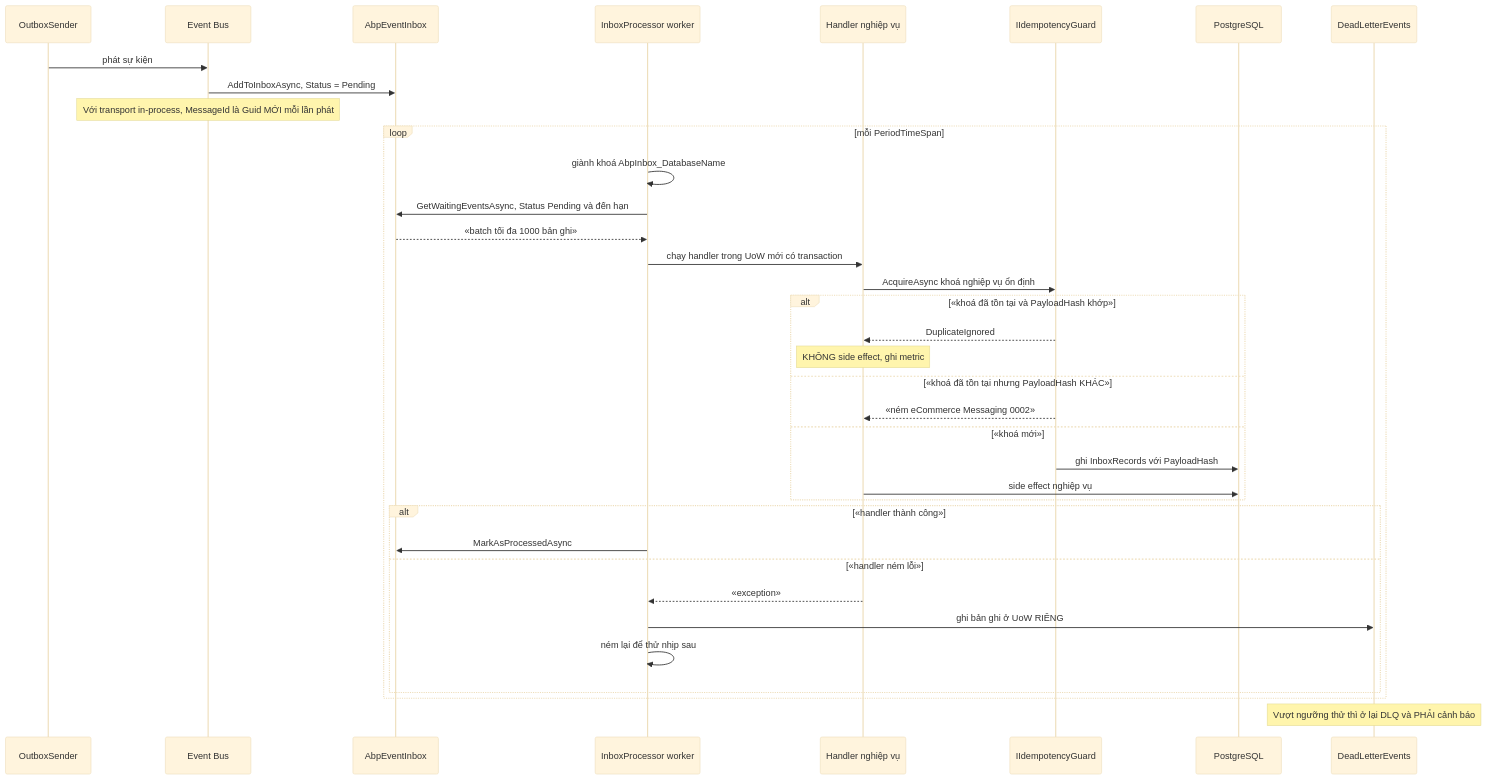
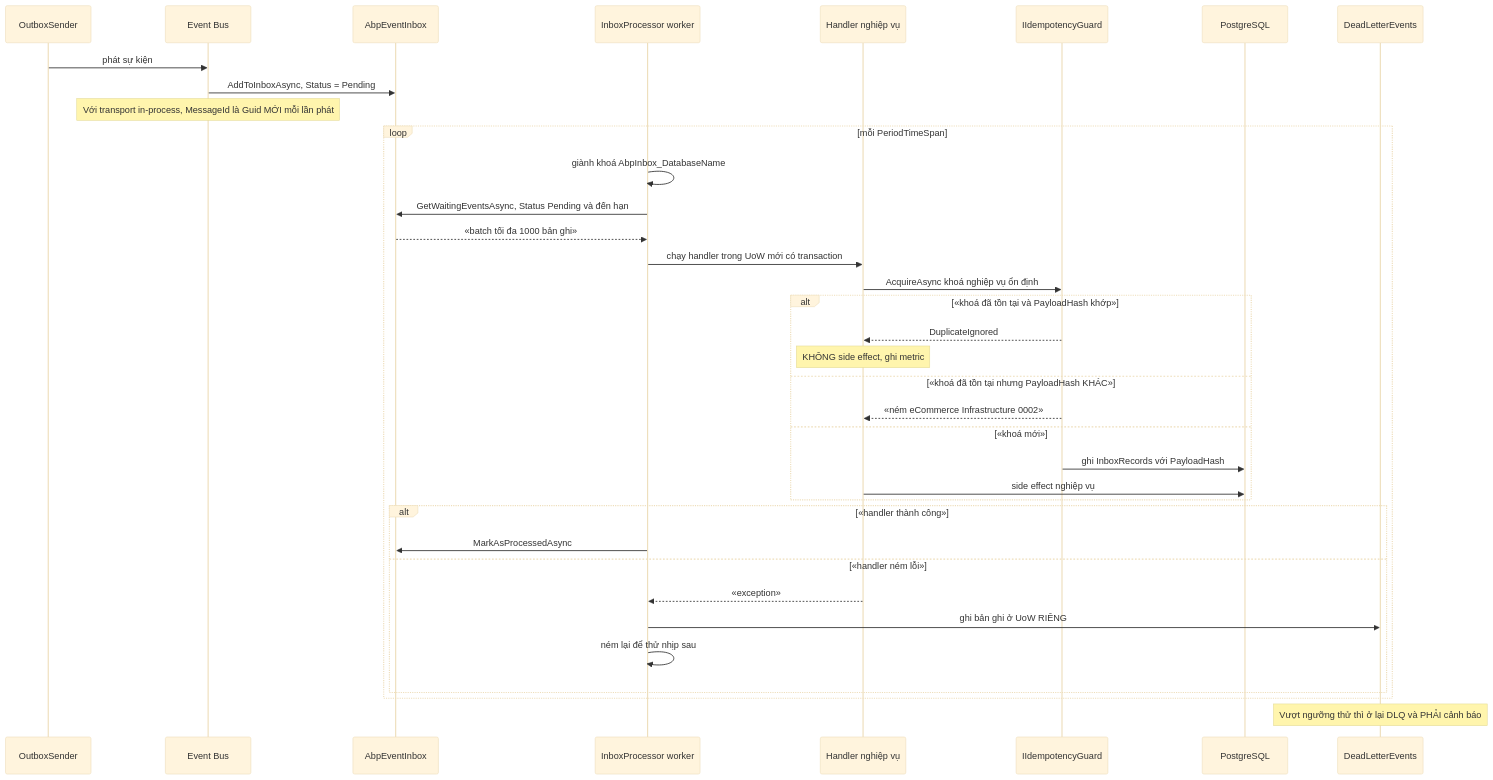
One commit to hungnt9801/eCommerce changed the fifth of 7 diagrams in docs/features/XC-002-outbox-inbox-chong-trung-su-kien.md. Above: the diagram before and after it, drawn with Mermaid (base theme). The commit also changed other lines of this file and 1 other file, not shown here.

Commit message:
docs(XC-002): chot Q1 (transport in-process), Q2 (module Infrastructure thay vi Messaging - doi ten toan bo 108 cho), Q3/Q4 (nguong thu 5, job DLQ 1 phut); ghi ro quy uoc tien to messaging cho route/metric/lock key; cap nhat Phu luc A.8

````diff
--- a/docs/features/XC-002-outbox-inbox-chong-trung-su-kien.md
+++ b/docs/features/XC-002-outbox-inbox-chong-trung-su-kien.md
@@ -275,39 +275,39 @@
 ```mermaid
 sequenceDiagram
     participant RELAY as OutboxSender
     participant BUS as Event Bus
     participant IN as AbpEventInbox
     participant PROC as InboxProcessor worker
     participant H as Handler nghiệp vụ
     participant G as IIdempotencyGuard
     participant DB as PostgreSQL
     participant DLQ as DeadLetterEvents
 
     RELAY->>BUS: phát sự kiện
     BUS->>IN: AddToInboxAsync, Status = Pending
     Note over BUS: Với transport in-process, MessageId là Guid MỚI mỗi lần phát
     loop mỗi PeriodTimeSpan
         PROC->>PROC: giành khoá AbpInbox_DatabaseName
         PROC->>IN: GetWaitingEventsAsync, Status Pending và đến hạn
         IN-->>PROC: «batch tối đa 1000 bản ghi»
         PROC->>H: chạy handler trong UoW mới có transaction
         H->>G: AcquireAsync khoá nghiệp vụ ổn định
         alt «khoá đã tồn tại và PayloadHash khớp»
             G-->>H: DuplicateIgnored
             Note over H: KHÔNG side effect, ghi metric
         else «khoá đã tồn tại nhưng PayloadHash KHÁC»
-            G-->>H: «ném eCommerce Messaging 0002»
+            G-->>H: «ném eCommerce Infrastructure 0002»
         else «khoá mới»
             G->>DB: ghi InboxRecords với PayloadHash
             H->>DB: side effect nghiệp vụ
         end
         alt «handler thành công»
             PROC->>IN: MarkAsProcessedAsync
         else «handler ném lỗi»
             H-->>PROC: «exception»
             PROC->>DLQ: ghi bản ghi ở UoW RIÊNG
             PROC->>PROC: ném lại để thử nhịp sau
         end
     end
     Note over DLQ: Vượt ngưỡng thử thì ở lại DLQ và PHẢI cảnh báo
 ```
````
